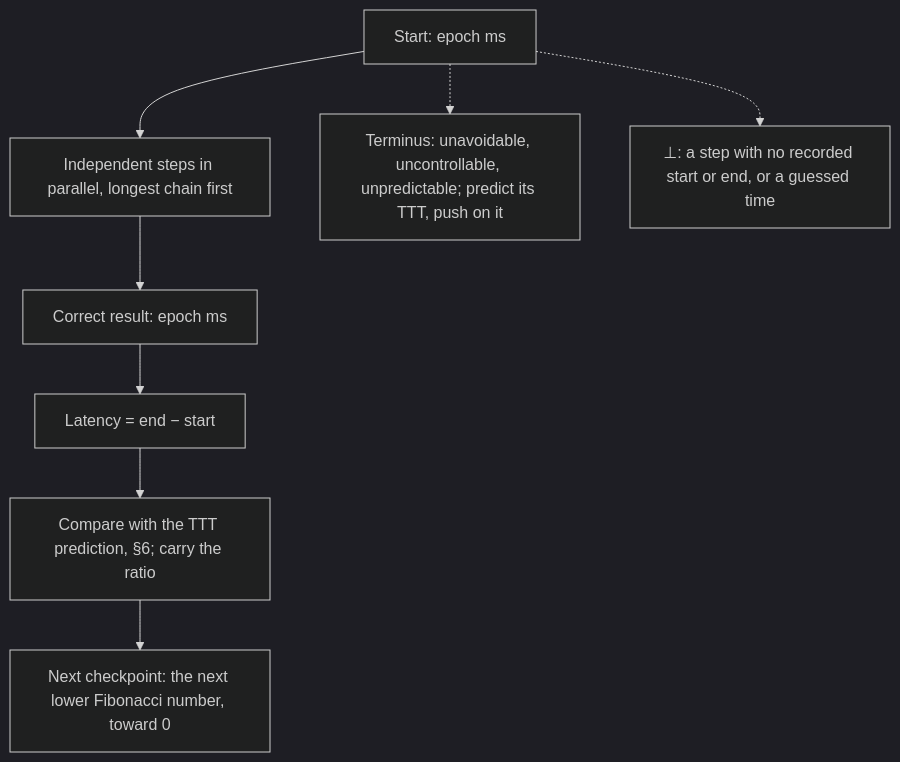
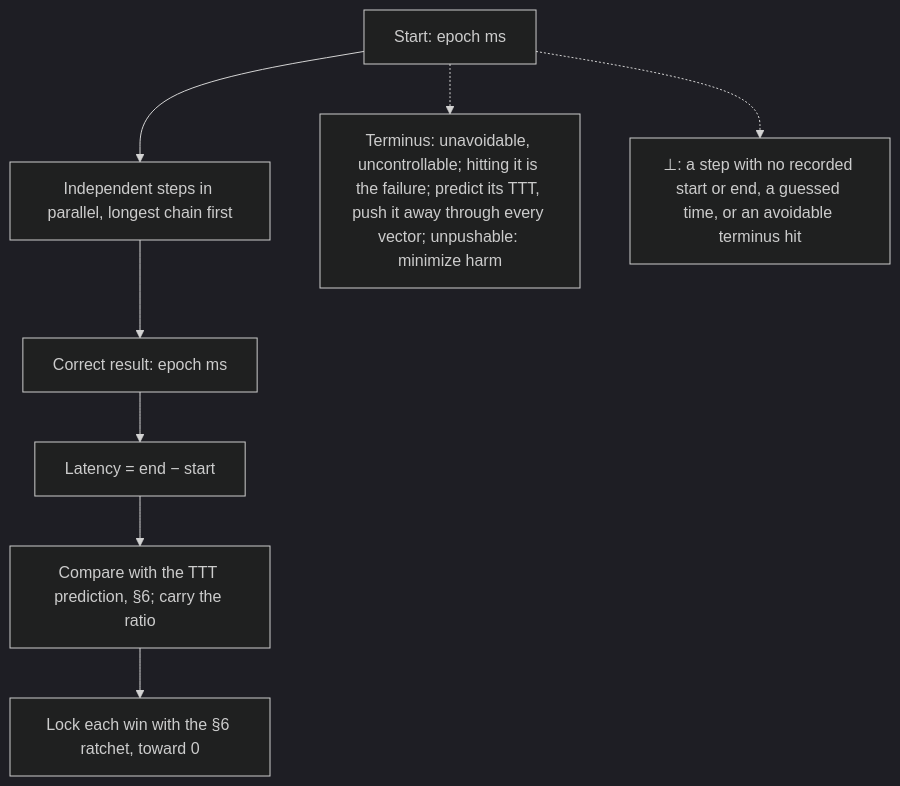
The eighth of 14 diagrams in AGENTS.md (SolenixAI/arbiter), drawn with Mermaid (dark theme) before and after one commit. The commit also changed other lines of this file and 3 other files, not shown here.

First line of the commit message:
fix(agents): engines decide, a true ⊥ blocks done until fixed, terminus pushed away

````diff
--- a/AGENTS.md
+++ b/AGENTS.md
@@ -297,7 +299,7 @@
 ```mermaid
 flowchart TD
   S["Start: epoch ms"] --> P["Independent steps in parallel, longest chain first"] --> R["Correct result: epoch ms"] --> L["Latency = end − start"]
-  L --> C["Compare with the TTT prediction, §6; carry the ratio"] --> FB["Next checkpoint: the next lower Fibonacci number, toward 0"]
-  S -.-> TM["Terminus: unavoidable, uncontrollable, unpredictable; predict its TTT, push on it"]
-  S -.-> BOT["⊥: a step with no recorded start or end, or a guessed time"]
+  L --> C["Compare with the TTT prediction, §6; carry the ratio"] --> FB["Lock each win with the §6 ratchet, toward 0"]
+  S -.-> TM["Terminus: unavoidable, uncontrollable; hitting it is the failure; predict its TTT, push it away through every vector; unpushable: minimize harm"]
+  S -.-> BOT["⊥: a step with no recorded start or end, a guessed time, or an avoidable terminus hit"]
 ```
````
